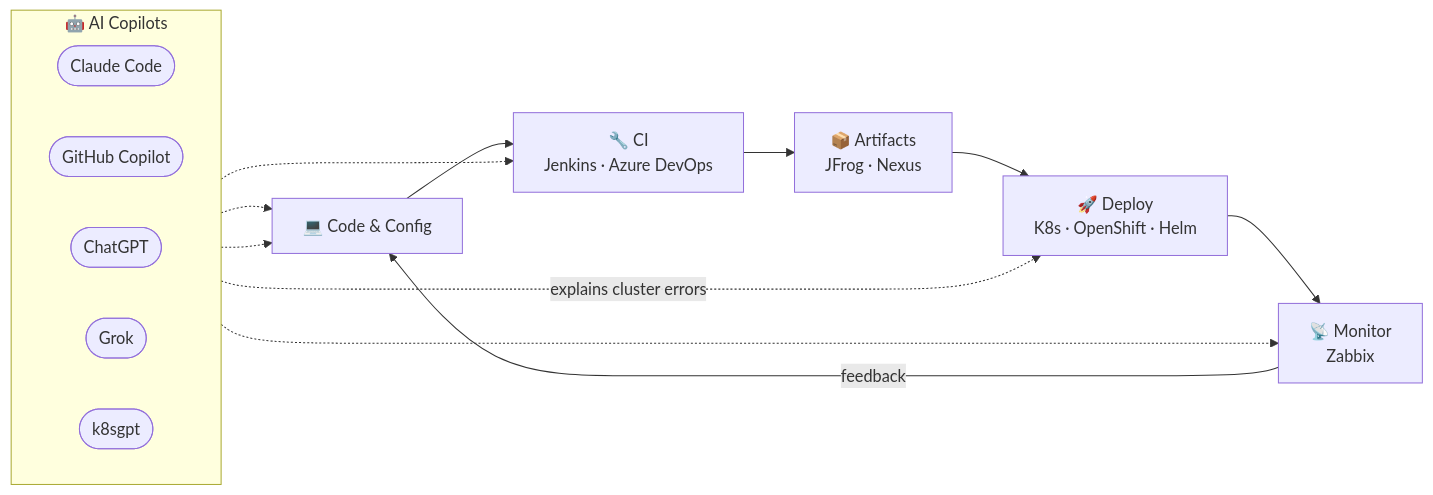
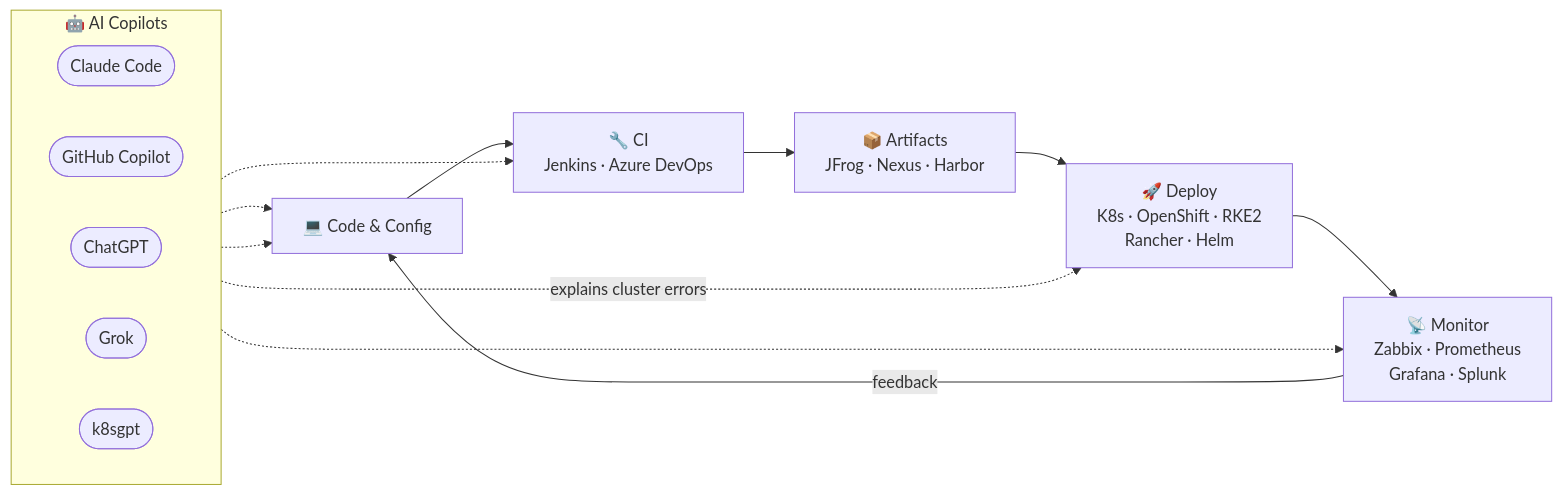
Before and after one commit to adirangel/adirangel: the diagram in README.md, drawn with Mermaid. The commit also changed other lines of this file, not shown here.

````diff
--- a/README.md
+++ b/README.md
@@ -47,23 +47,23 @@
 ```mermaid
 flowchart LR
     subgraph AILAYER["🤖 AI Copilots"]
         direction LR
         CL(["Claude Code"])
         CP(["GitHub Copilot"])
         GPT(["ChatGPT"])
         GR(["Grok"])
         KG(["k8sgpt"])
     end
 
     DEV["💻 Code & Config"] --> CI["🔧 CI<br/>Jenkins · Azure DevOps"]
-    CI --> ART["📦 Artifacts<br/>JFrog · Nexus"]
-    ART --> CD["🚀 Deploy<br/>K8s · OpenShift · Helm"]
-    CD --> MON["📡 Monitor<br/>Zabbix"]
+    CI --> ART["📦 Artifacts<br/>JFrog · Nexus · Harbor"]
+    ART --> CD["🚀 Deploy<br/>K8s · OpenShift · RKE2<br/>Rancher · Helm"]
+    CD --> MON["📡 Monitor<br/>Zabbix · Prometheus<br/>Grafana · Splunk"]
     MON -- feedback --> DEV
 
     CL -.-> DEV
     CP -.-> DEV
     GPT -.-> CI
     GR -.-> MON
     KG -. "explains cluster errors" .-> CD
 ```
````
